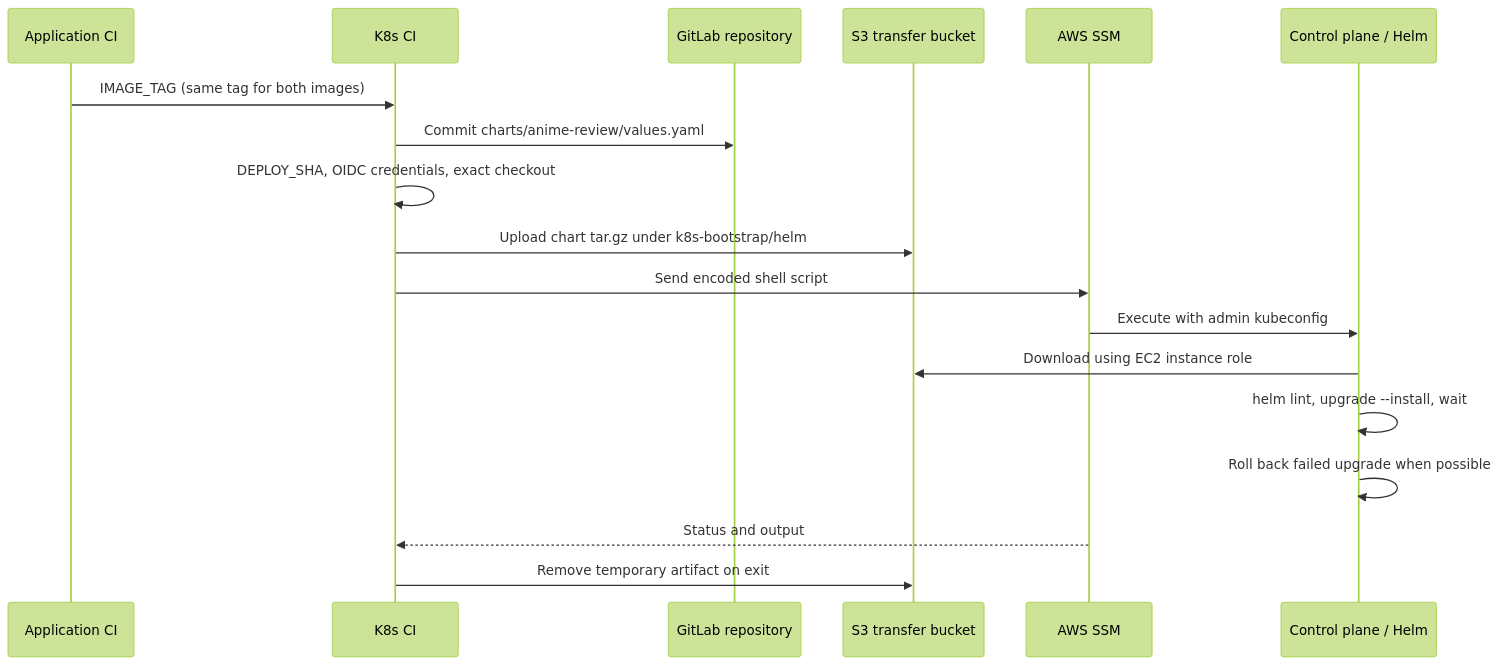
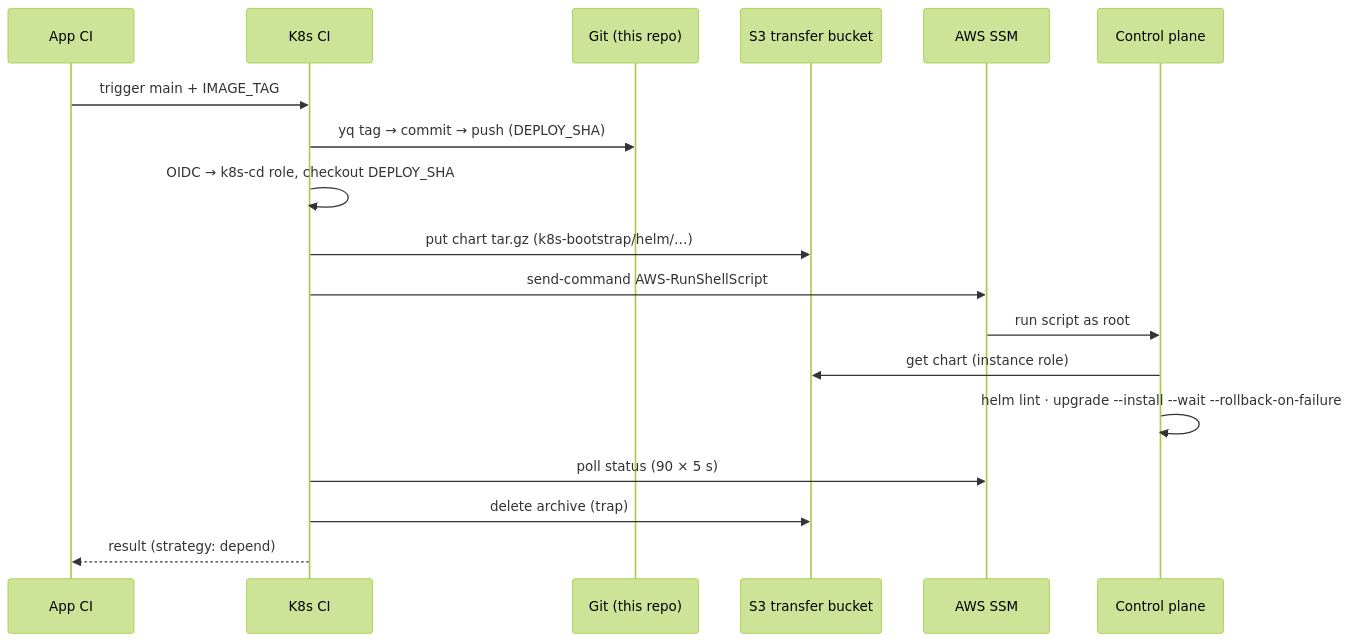
Before and after one commit to Songhai9/anime-review-k8s: the diagram in README.md, drawn with Mermaid (forest theme). The commit also changed other lines of this file and 33 other files, not shown here.

````diff
--- a/README.md
+++ b/README.md
@@ -206,20 +202,20 @@
 ```mermaid
 sequenceDiagram
-    participant A as Application CI
+    participant A as App CI
     participant K as K8s CI
-    participant G as GitLab repository
-    participant B as S3 transfer bucket
-    participant S as AWS SSM
-    participant C as Control plane / Helm
-    A->>K: IMAGE_TAG (same tag for both images)
-    K->>G: Commit charts/anime-review/values.yaml
-    K->>K: DEPLOY_SHA, OIDC credentials, exact checkout
-    K->>B: Upload chart tar.gz under k8s-bootstrap/helm
-    K->>S: Send encoded shell script
-    S->>C: Execute with admin kubeconfig
-    C->>B: Download using EC2 instance role
-    C->>C: helm lint, upgrade --install, wait
-    C->>C: Roll back failed upgrade when possible
-    S-->>K: Status and output
-    K->>B: Remove temporary artifact on exit
+    participant G as Git (this repo)
+    participant S as S3 transfer bucket
+    participant M as AWS SSM
+    participant C as Control plane
+    A->>K: trigger main + IMAGE_TAG
+    K->>G: yq tag → commit → push (DEPLOY_SHA)
+    K->>K: OIDC → k8s-cd role, checkout DEPLOY_SHA
+    K->>S: put chart tar.gz (k8s-bootstrap/helm/…)
+    K->>M: send-command AWS-RunShellScript
+    M->>C: run script as root
+    C->>S: get chart (instance role)
+    C->>C: helm lint · upgrade --install --wait --rollback-on-failure
+    K->>M: poll status (90 × 5 s)
+    K->>S: delete archive (trap)
+    K-->>A: result (strategy: depend)
 ```
````
